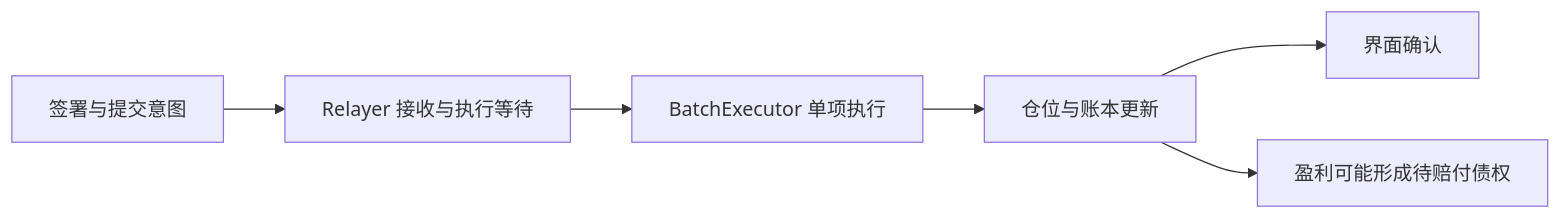
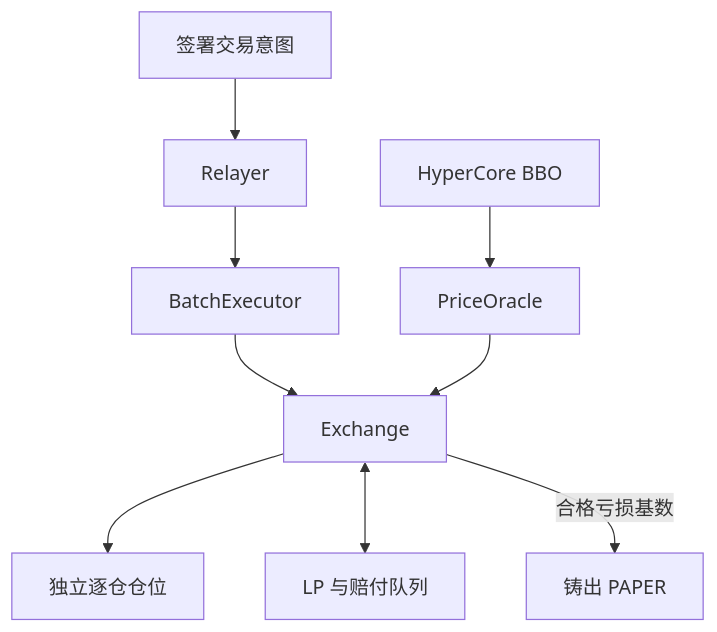
Before and after one commit to KoNit-K/papertrade-lab: the first of 2 diagrams in README.zh-CN.md, drawn with Mermaid. The commit also changed other lines of this file and 2 other files, not shown here.

````diff
--- a/README.zh-CN.md
+++ b/README.zh-CN.md
@@ -20,8 +42,11 @@
 ```mermaid
-flowchart LR
-    A[签署与提交意图] --> B[Relayer 接收与执行等待]
-    B --> C[BatchExecutor 单项执行]
-    C --> D[仓位与账本更新]
-    D --> E[界面确认]
-    D --> F[盈利可能形成待赔付债权]
+flowchart TB
+    Intent[签署交易意图] --> Relayer[Relayer]
+    Relayer --> Batch[BatchExecutor]
+    Batch --> Exchange[Exchange]
+    BBO[HyperCore BBO] --> Oracle[PriceOracle]
+    Oracle --> Exchange
+    Exchange --> Position[独立逐仓仓位]
+    Exchange <--> Pool[LP 与赔付队列]
+    Exchange -->|合格亏损基数| PAPER[铸出 PAPER]
 ```
````
